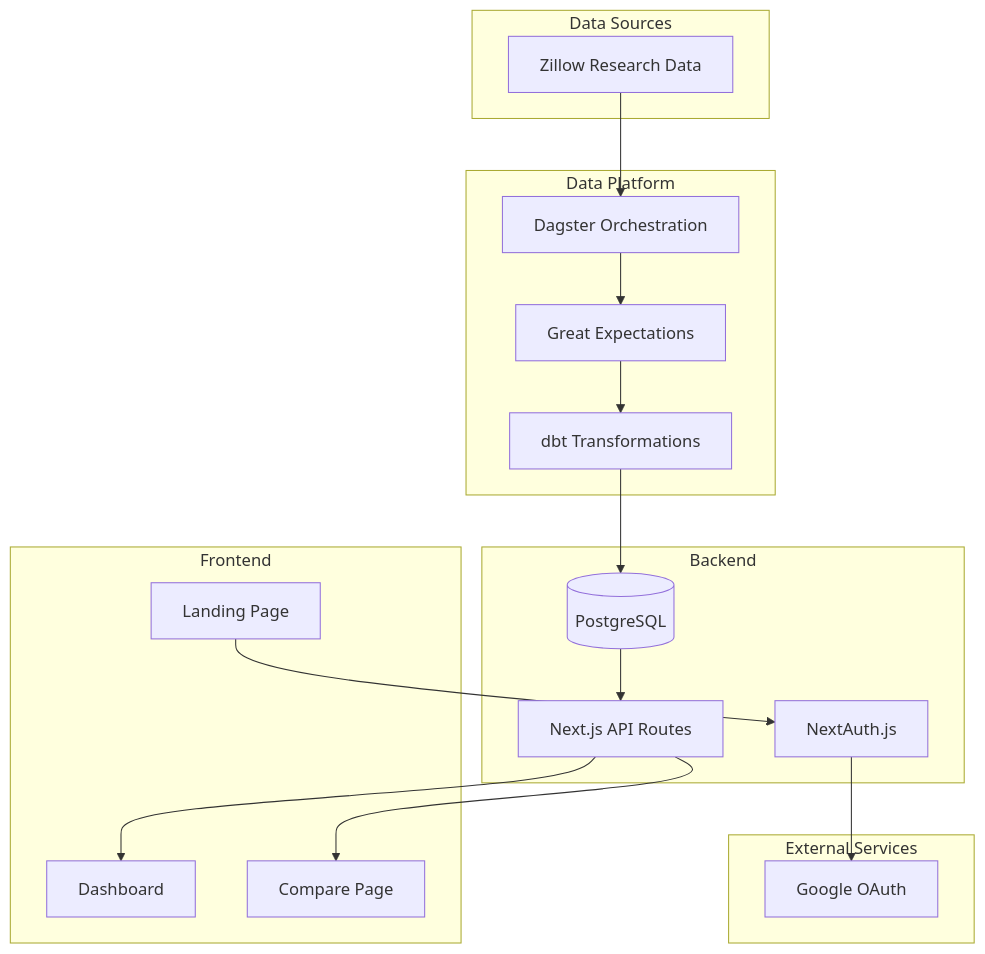
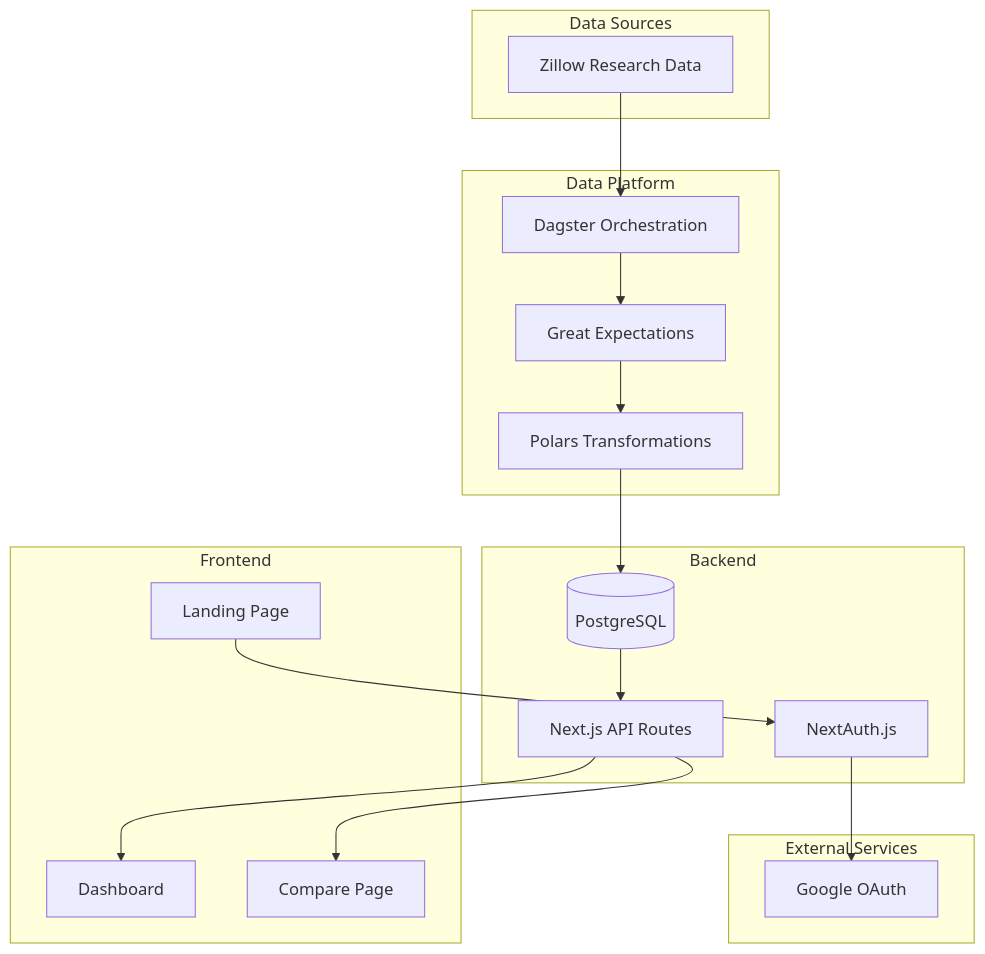
Before and after one commit to HousingIQ/housingiq-app: the diagram in docs/01-overview.md, drawn with Mermaid. The commit also changed other lines of this file and 41 other files, not shown here.

Commit message:
remove dbt, using polars for transform data

````diff
--- a/docs/01-overview.md
+++ b/docs/01-overview.md
@@ -16,38 +16,38 @@
 ```mermaid
 graph TB
     subgraph "Data Sources"
         Z[Zillow Research Data]
     end
 
     subgraph "Data Platform"
         DAG[Dagster Orchestration]
-        DBT[dbt Transformations]
+        POL[Polars Transformations]
         GX[Great Expectations]
     end
 
     subgraph "Backend"
         DB[(PostgreSQL)]
         API[Next.js API Routes]
         AUTH[NextAuth.js]
     end
 
     subgraph "Frontend"
         LP[Landing Page]
         DASH[Dashboard]
         COMP[Compare Page]
     end
 
     subgraph "External Services"
         G[Google OAuth]
     end
 
     Z --> DAG
     DAG --> GX
-    GX --> DBT
-    DBT --> DB
+    GX --> POL
+    POL --> DB
     DB --> API
     API --> DASH
     API --> COMP
     AUTH --> G
     LP --> AUTH
 ```
````
